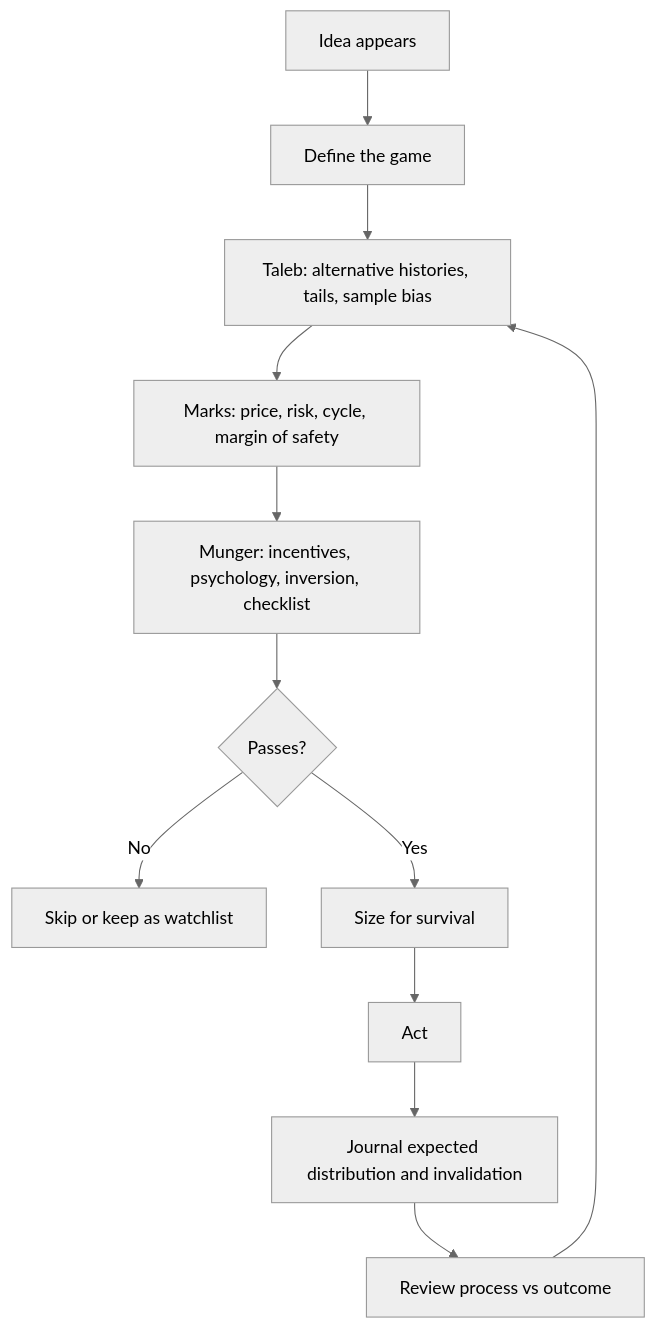
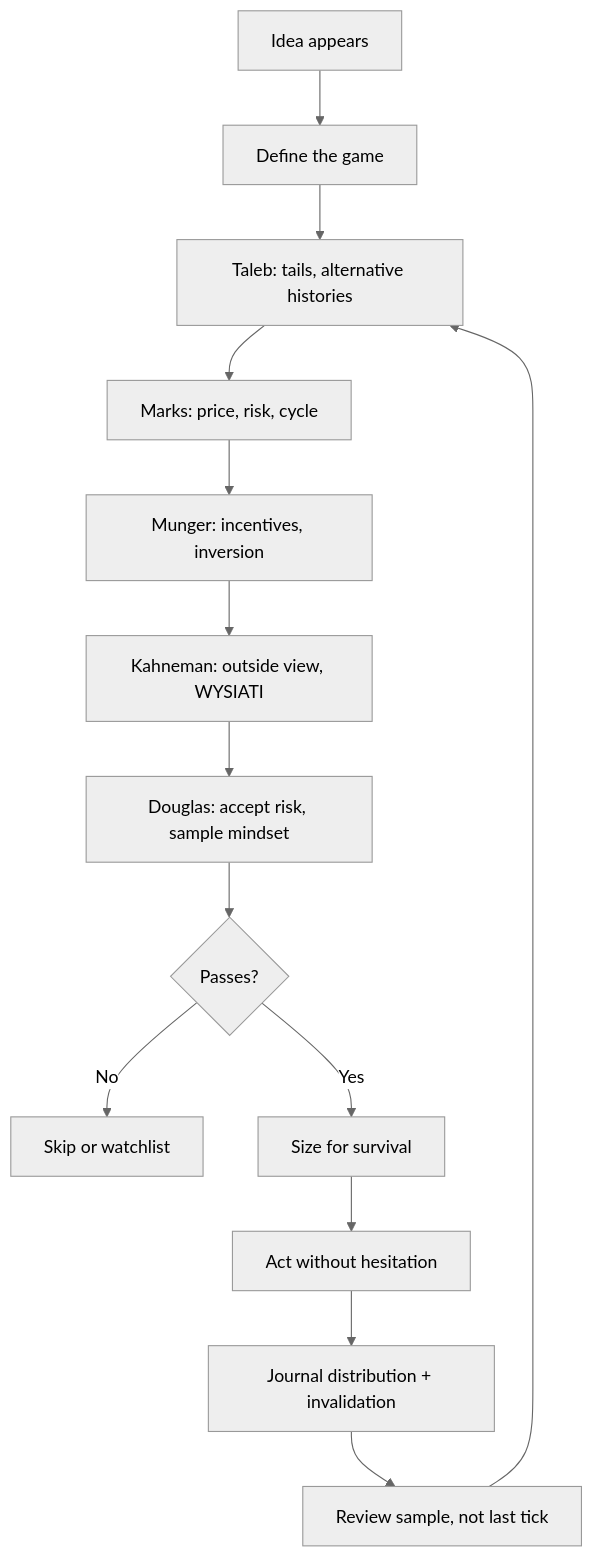
One commit to Imsulaeman/second-brain-site changed the diagram in content/synthesis/uncertainty-market-judgment-operating-model.md. Above: the diagram before and after it, drawn with Mermaid (neutral theme). The commit also changed other lines of this file and 2 other files, not shown here.

````diff
--- a/content/synthesis/uncertainty-market-judgment-operating-model.md
+++ b/content/synthesis/uncertainty-market-judgment-operating-model.md
@@ -130,14 +116,16 @@
 ```mermaid
 flowchart TD
     A["Idea appears"] --> B["Define the game"]
-    B --> C["Taleb: alternative histories, tails, sample bias"]
-    C --> D["Marks: price, risk, cycle, margin of safety"]
-    D --> E["Munger: incentives, psychology, inversion, checklist"]
-    E --> F{"Passes? "}
-    F -->|No| G["Skip or keep as watchlist"]
-    F -->|Yes| H["Size for survival"]
-    H --> I["Act"]
-    I --> J["Journal expected distribution and invalidation"]
-    J --> K["Review process vs outcome"]
-    K --> C
+    B --> C["Taleb: tails, alternative histories"]
+    C --> D["Marks: price, risk, cycle"]
+    D --> E["Munger: incentives, inversion"]
+    E --> F["Kahneman: outside view, WYSIATI"]
+    F --> G["Douglas: accept risk, sample mindset"]
+    G --> H{"Passes?"}
+    H -->|No| I["Skip or watchlist"]
+    H -->|Yes| J["Size for survival"]
+    J --> K["Act without hesitation"]
+    K --> L["Journal distribution + invalidation"]
+    L --> M["Review sample, not last tick"]
+    M --> C
 ```
````
